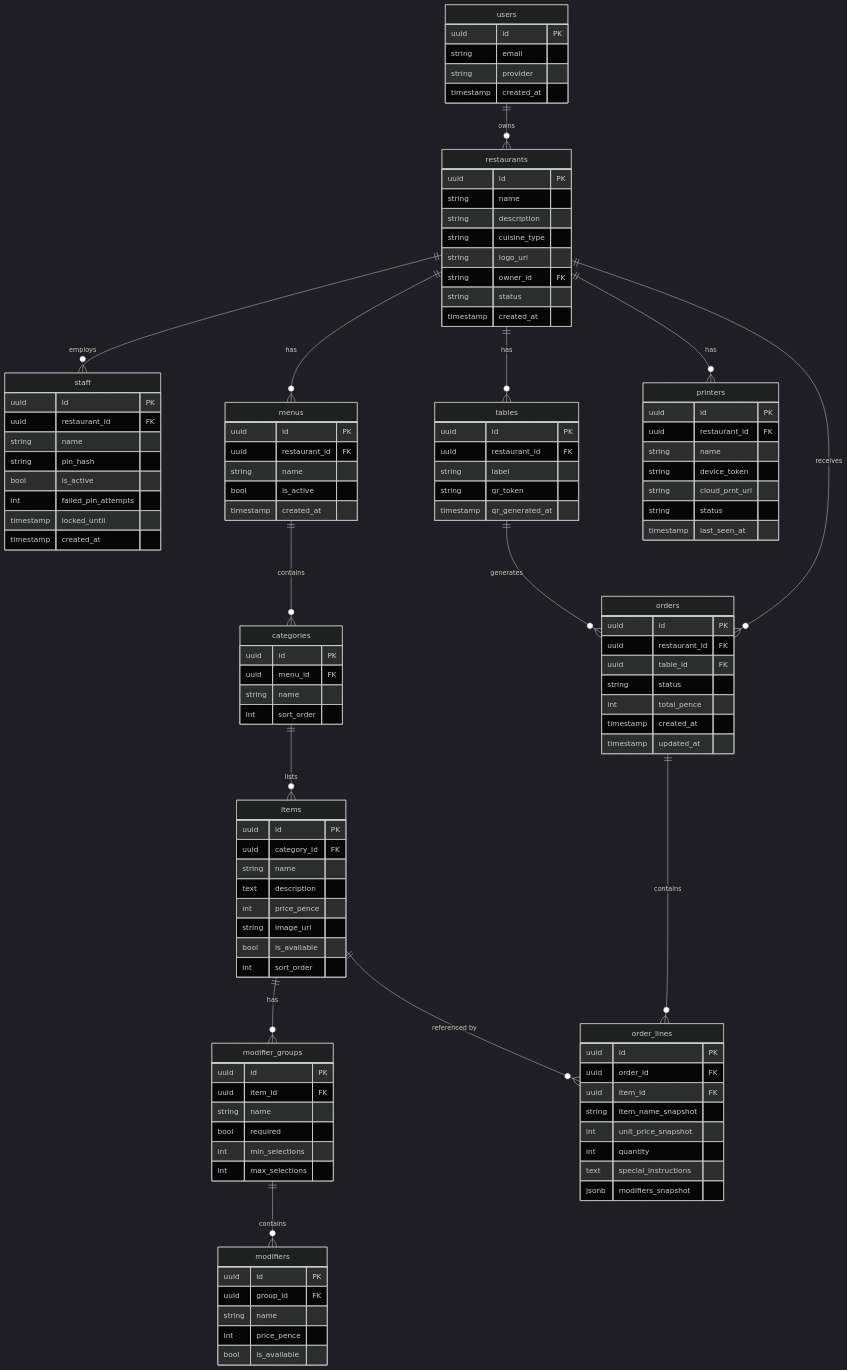
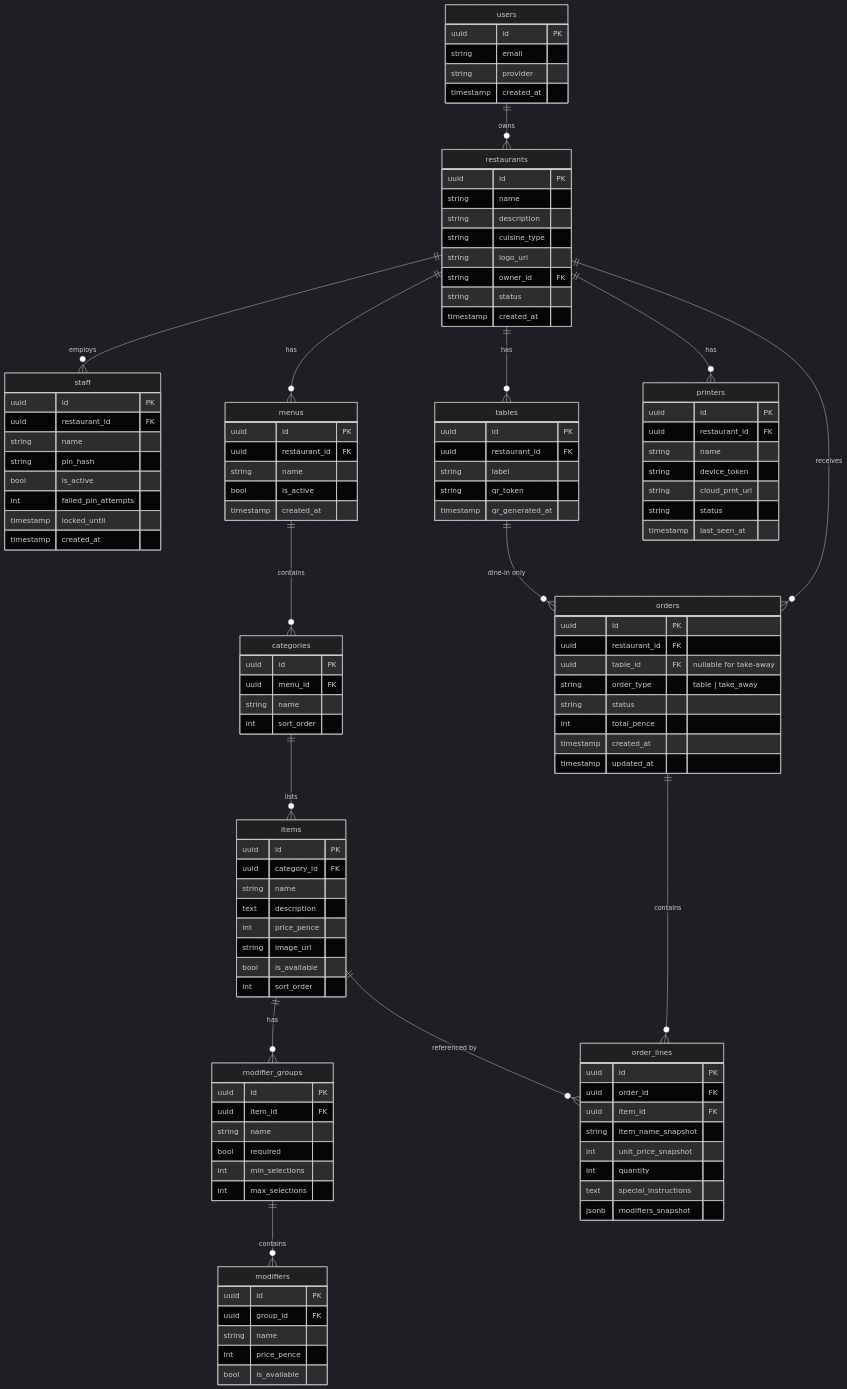
One commit to phamhuutruong7/contactless-order-system changed the diagram in site/docs/diagrams/data-model/index.md. Above: the diagram before and after it, drawn with Mermaid (dark theme). The commit also changed other lines of this file and 27 other files, not shown here.

Commit message:
feat: code style rules + aspire local dev docs + take-away order type

````diff
--- a/site/docs/diagrams/data-model/index.md
+++ b/site/docs/diagrams/data-model/index.md
@@ -91,7 +91,8 @@
   orders {
     uuid id PK
     uuid restaurant_id FK
-    uuid table_id FK
+    uuid table_id FK "nullable for take-away"
+    string order_type "table | take_away"
     string status
     int total_pence
     timestamp created_at
@@ -129,7 +130,7 @@
   categories ||--o{ items : "lists"
   items ||--o{ modifier_groups : "has"
   modifier_groups ||--o{ modifiers : "contains"
-  tables ||--o{ orders : "generates"
+  tables ||--o{ orders : "dine-in only"
   orders ||--o{ order_lines : "contains"
   items ||--o{ order_lines : "referenced by"
 ```
````
